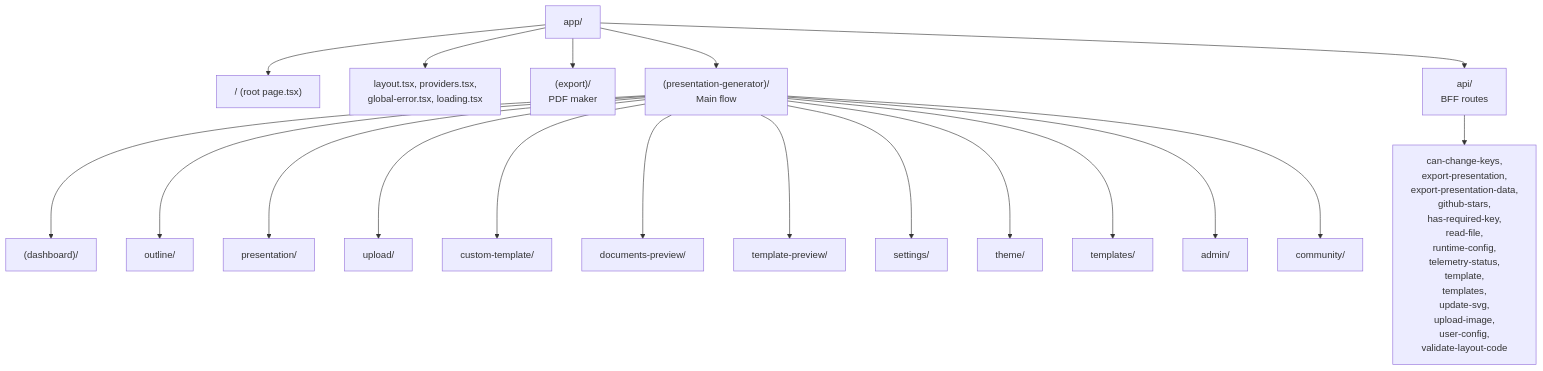
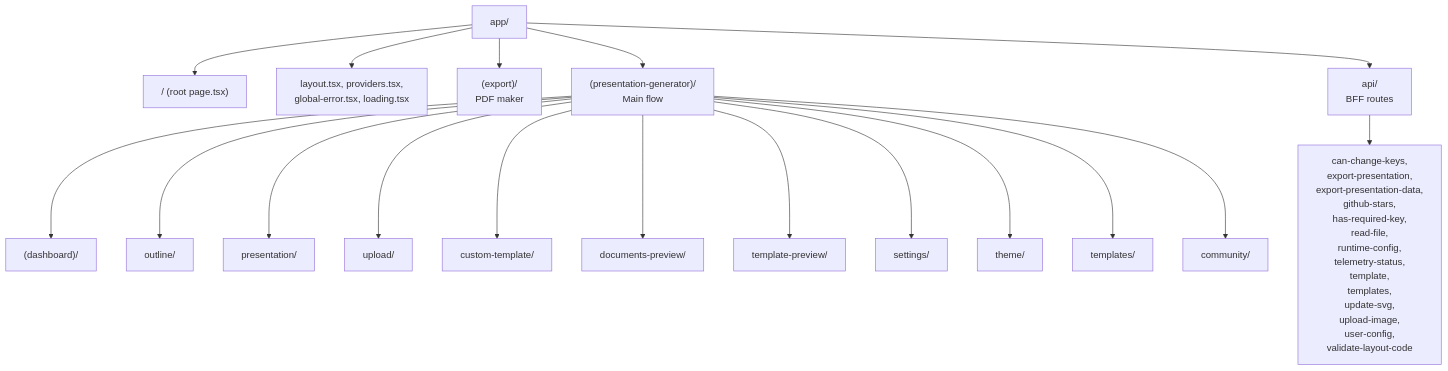
The second of 9 diagrams in docs/architecture/04-level-nextjs.md (xuanthai-work/presenton-gapo), drawn with Mermaid before and after one commit. The commit also changed other lines of this file and 155 other files, not shown here.

````diff
--- a/docs/architecture/04-level-nextjs.md
+++ b/docs/architecture/04-level-nextjs.md
@@ -34,25 +34,24 @@
 ```mermaid
 graph TB
     AppDir["app/"]
 
     AppDir --> Root["/ (root page.tsx)"]
     AppDir --> Global["layout.tsx, providers.tsx,<br/>global-error.tsx, loading.tsx"]
     AppDir --> Export["(export)/<br/>PDF maker"]
     AppDir --> Gen["(presentation-generator)/<br/>Main flow"]
     AppDir --> Bff["api/<br/>BFF routes"]
 
     Gen --> Dashboard["(dashboard)/"]
     Gen --> Outline["outline/"]
     Gen --> Presentation["presentation/"]
     Gen --> Upload["upload/"]
     Gen --> CustomTpl["custom-template/"]
     Gen --> DocPreview["documents-preview/"]
     Gen --> TplPreview["template-preview/"]
     Gen --> Settings["settings/"]
     Gen --> Theme["theme/"]
     Gen --> Templates["templates/"]
-    Gen --> Admin["admin/"]
     Gen --> Community["community/"]
 
     Bff --> ApiRoutes["can-change-keys,<br/>export-presentation,<br/>export-presentation-data,<br/>github-stars,<br/>has-required-key,<br/>read-file,<br/>runtime-config,<br/>telemetry-status,<br/>template,<br/>templates,<br/>update-svg,<br/>upload-image,<br/>user-config,<br/>validate-layout-code"]
 ```
````
